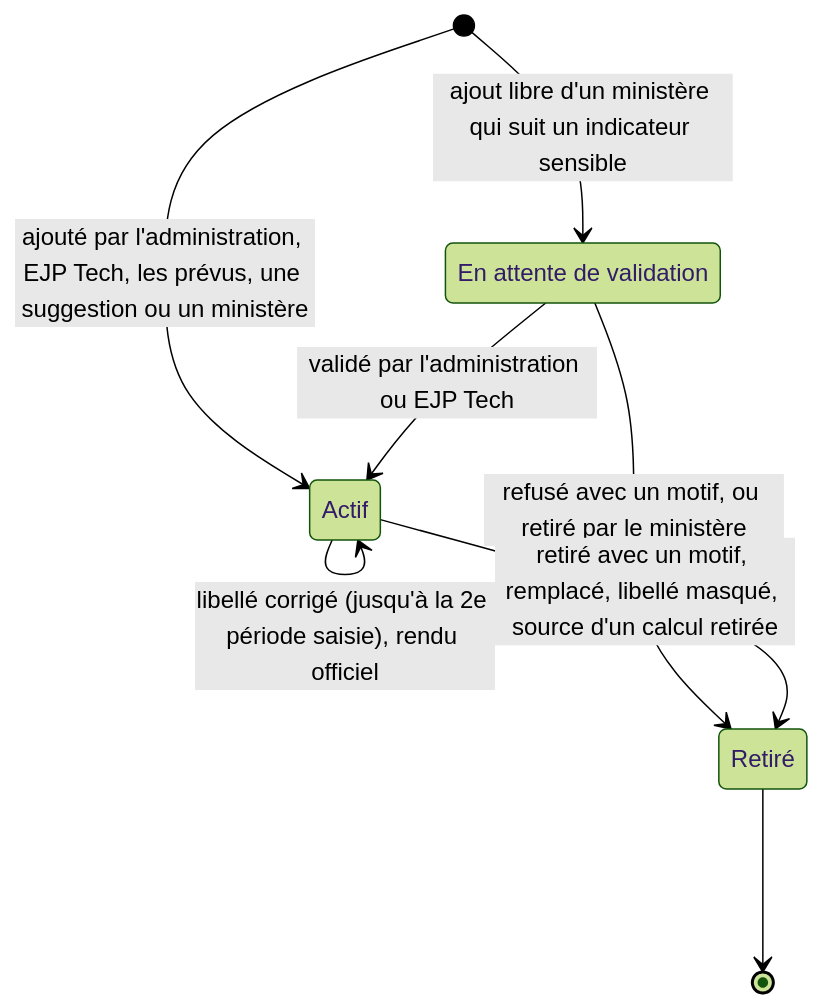
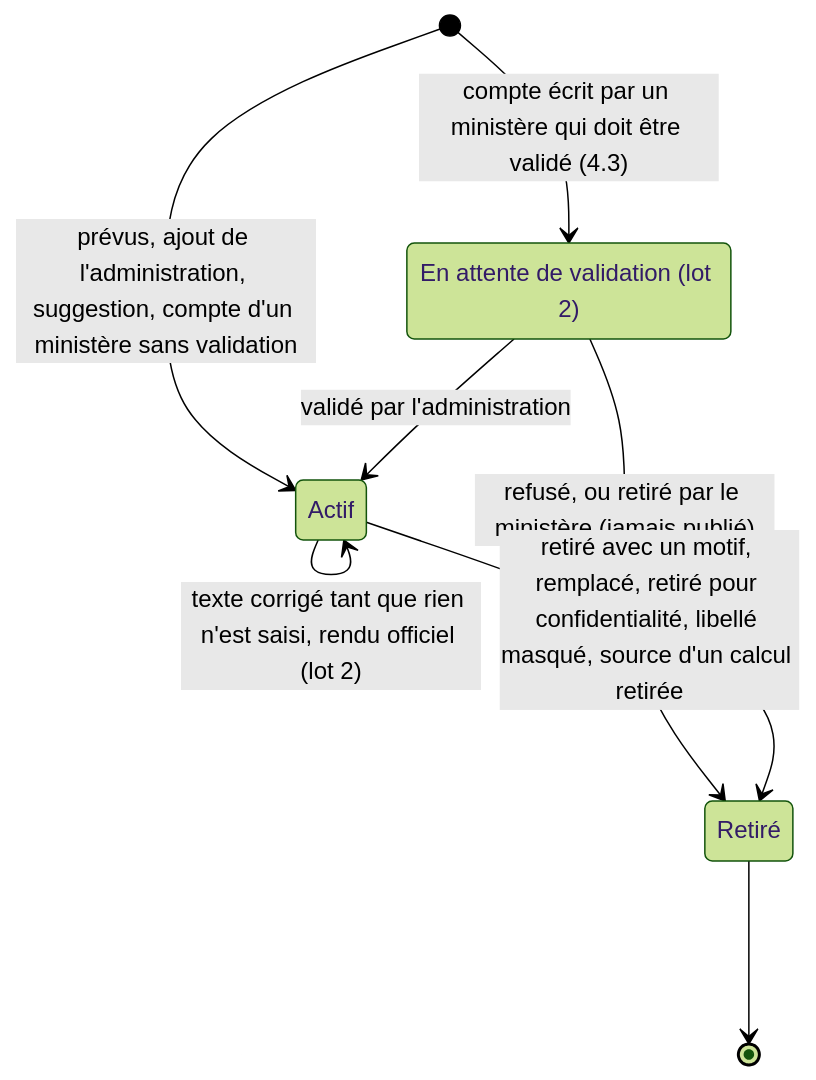
One commit to eglisejp-tech/pilotage-ejp changed the diagram in docs/conception/configuration-indicateurs.md. Above: the diagram before and after it, drawn with Mermaid (forest theme). The commit also changed other lines of this file and 1 other file, not shown here.

````diff
--- a/docs/conception/configuration-indicateurs.md
+++ b/docs/conception/configuration-indicateurs.md
@@ -129,13 +157,13 @@
 ```mermaid
 stateDiagram-v2
-  state "En attente de validation" as attente
+  state "En attente de validation (lot 2)" as attente
   state "Actif" as actif
   state "Retiré" as retire
-  [*] --> actif : ajouté par l'administration, EJP Tech, les prévus, une suggestion ou un ministère
-  [*] --> attente : ajout libre d'un ministère qui suit un indicateur sensible
-  attente --> actif : validé par l'administration ou EJP Tech
-  attente --> retire : refusé avec un motif, ou retiré par le ministère
-  actif --> actif : libellé corrigé (jusqu'à la 2e période saisie), rendu officiel
-  actif --> retire : retiré avec un motif, remplacé, libellé masqué, source d'un calcul retirée
+  [*] --> actif : prévus, ajout de l'administration, suggestion, compte d'un ministère sans validation
+  [*] --> attente : compte écrit par un ministère qui doit être validé (4.3)
+  attente --> actif : validé par l'administration
+  attente --> retire : refusé, ou retiré par le ministère (jamais publié)
+  actif --> actif : texte corrigé tant que rien n'est saisi, rendu officiel (lot 2)
+  actif --> retire : retiré avec un motif, remplacé, retiré pour confidentialité, libellé masqué, source d'un calcul retirée
   retire --> [*]
 ```
````
